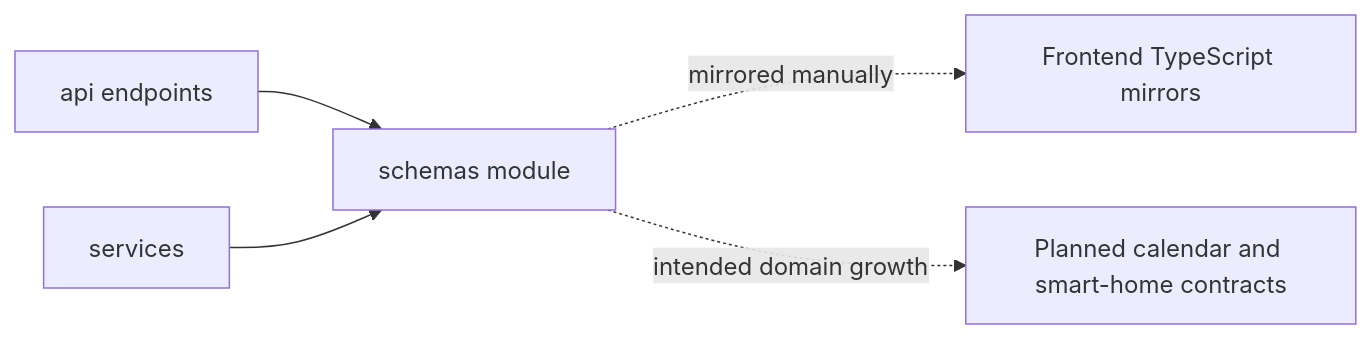
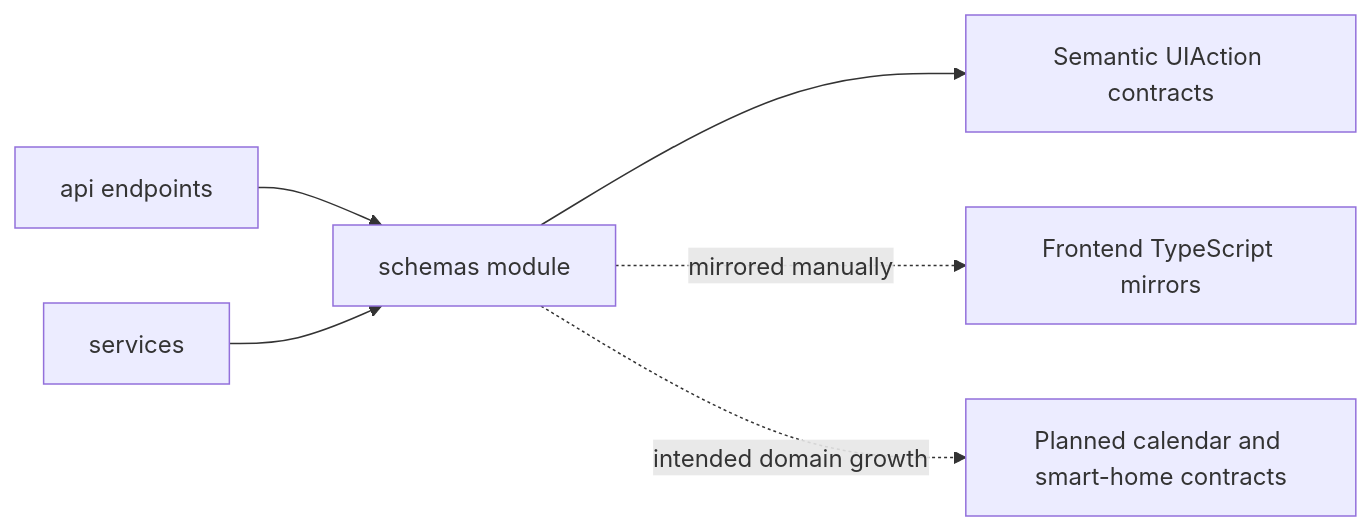
One commit to SebastianRieger/Software-Engineering changed the diagram in Backend/src/schemas/schemaArch.md. Above: the diagram before and after it, drawn with Mermaid. The commit also changed other lines of this file and 30 other files, not shown here.

````diff
--- a/Backend/src/schemas/schemaArch.md
+++ b/Backend/src/schemas/schemaArch.md
@@ -40,13 +42,15 @@
 ```mermaid
 flowchart LR
     API[api endpoints]
     Schemas[schemas module]
     Services[services]
     FrontendTypes[Frontend TypeScript mirrors]
+    UIActions[Semantic UIAction contracts]
     PlannedDomains[Planned calendar and smart-home contracts]
 
     API --> Schemas
     Services --> Schemas
+    Schemas --> UIActions
     Schemas -. mirrored manually .-> FrontendTypes
     Schemas -. intended domain growth .-> PlannedDomains
 ```
````
